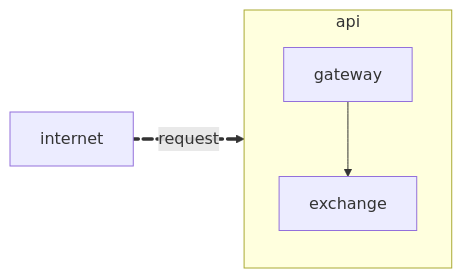
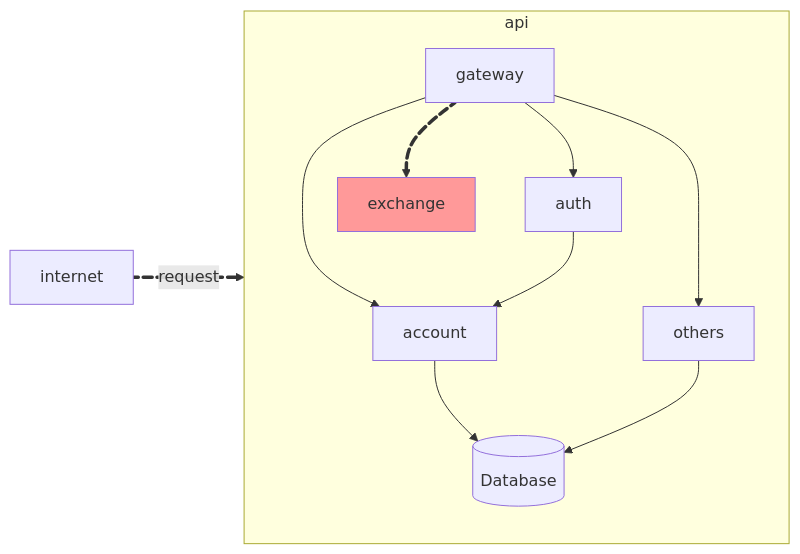
Before and after one commit to laupontiroli/platform_api-serv: the diagram in docs/exercises/exercise1.md, drawn with Mermaid.

````diff
--- a/docs/exercises/exercise1.md
+++ b/docs/exercises/exercise1.md
@@ -45,9 +45,17 @@
     ``` mermaid
     flowchart LR
-    subgraph api
-        direction TB
-        gateway --> exchange
-    end
-    internet e1@==>|request| gateway
-    e1@{ animate: true }
+        subgraph api
+            direction TB
+            gateway --> account
+            gateway --> auth
+            gateway --> others
+            account --> db@{ shape: cyl, label: "Database" }
+            others --> db
+            auth --> account
+            gateway e1@==> exchange:::exchange
+            e1@{ animate: true }
+        end
+        internet e2@==>|request| gateway
+        e2@{ animate: true }
+        classDef exchange fill:#f99
     ```
````
